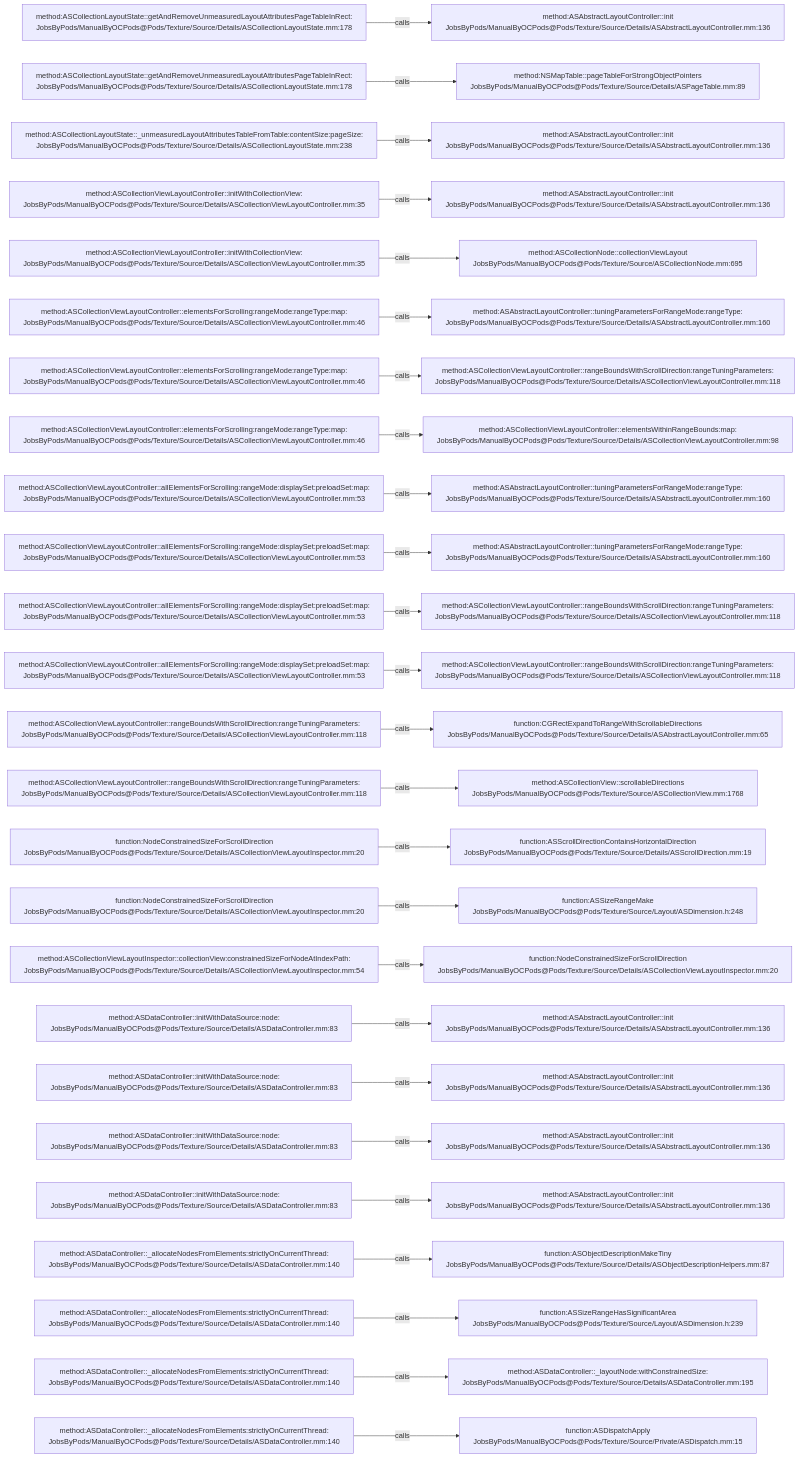
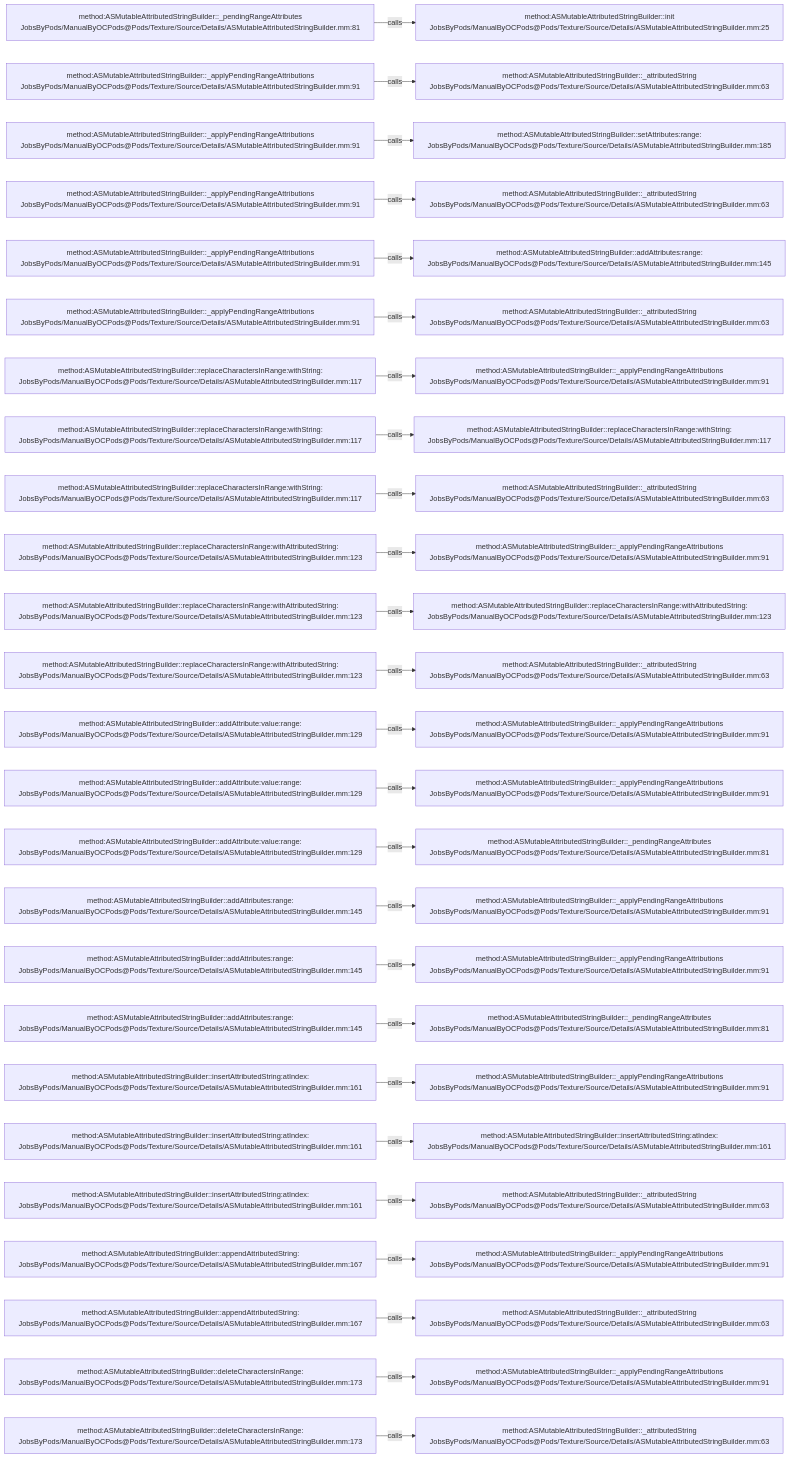
One commit to JobsKits/JobsOCBaseConfigDemo changed the diagram in .codegraph/codegraph.md/graphs/calls-151.md. Above: the diagram before and after it, drawn with Mermaid. The commit also changed 1448 other files, not shown here.

````diff
--- a/.codegraph/codegraph.md/graphs/calls-151.md
+++ b/.codegraph/codegraph.md/graphs/calls-151.md
@@ -13,78 +13,78 @@
 ```mermaid
 flowchart LR
-  S1["method:ASCollectionLayoutState::getAndRemoveUnmeasuredLayoutAttributesPageTableInRect:<br/>JobsByPods/ManualByOCPods@Pods/Texture/Source/Details/ASCollectionLayoutState.mm:178"]
-  T1["method:ASAbstractLayoutController::init<br/>JobsByPods/ManualByOCPods@Pods/Texture/Source/Details/ASAbstractLayoutController.mm:136"]
+  S1["method:ASMutableAttributedStringBuilder::_pendingRangeAttributes<br/>JobsByPods/ManualByOCPods@Pods/Texture/Source/Details/ASMutableAttributedStringBuilder.mm:81"]
+  T1["method:ASMutableAttributedStringBuilder::init<br/>JobsByPods/ManualByOCPods@Pods/Texture/Source/Details/ASMutableAttributedStringBuilder.mm:25"]
   S1 -->|calls| T1
-  S2["method:ASCollectionLayoutState::getAndRemoveUnmeasuredLayoutAttributesPageTableInRect:<br/>JobsByPods/ManualByOCPods@Pods/Texture/Source/Details/ASCollectionLayoutState.mm:178"]
-  T2["method:NSMapTable::pageTableForStrongObjectPointers<br/>JobsByPods/ManualByOCPods@Pods/Texture/Source/Details/ASPageTable.mm:89"]
+  S2["method:ASMutableAttributedStringBuilder::_applyPendingRangeAttributions<br/>JobsByPods/ManualByOCPods@Pods/Texture/Source/Details/ASMutableAttributedStringBuilder.mm:91"]
+  T2["method:ASMutableAttributedStringBuilder::_attributedString<br/>JobsByPods/ManualByOCPods@Pods/Texture/Source/Details/ASMutableAttributedStringBuilder.mm:63"]
   S2 -->|calls| T2
-  S3["method:ASCollectionLayoutState::_unmeasuredLayoutAttributesTableFromTable:contentSize:pageSize:<br/>JobsByPods/ManualByOCPods@Pods/Texture/Source/Details/ASCollectionLayoutState.mm:238"]
-  T3["method:ASAbstractLayoutController::init<br/>JobsByPods/ManualByOCPods@Pods/Texture/Source/Details/ASAbstractLayoutController.mm:136"]
+  S3["method:ASMutableAttributedStringBuilder::_applyPendingRangeAttributions<br/>JobsByPods/ManualByOCPods@Pods/Texture/Source/Details/ASMutableAttributedStringBuilder.mm:91"]
+  T3["method:ASMutableAttributedStringBuilder::setAttributes:range:<br/>JobsByPods/ManualByOCPods@Pods/Texture/Source/Details/ASMutableAttributedStringBuilder.mm:185"]
   S3 -->|calls| T3
-  S4["method:ASCollectionViewLayoutController::initWithCollectionView:<br/>JobsByPods/ManualByOCPods@Pods/Texture/Source/Details/ASCollectionViewLayoutController.mm:35"]
-  T4["method:ASAbstractLayoutController::init<br/>JobsByPods/ManualByOCPods@Pods/Texture/Source/Details/ASAbstractLayoutController.mm:136"]
+  S4["method:ASMutableAttributedStringBuilder::_applyPendingRangeAttributions<br/>JobsByPods/ManualByOCPods@Pods/Texture/Source/Details/ASMutableAttributedStringBuilder.mm:91"]
+  T4["method:ASMutableAttributedStringBuilder::_attributedString<br/>JobsByPods/ManualByOCPods@Pods/Texture/Source/Details/ASMutableAttributedStringBuilder.mm:63"]
   S4 -->|calls| T4
-  S5["method:ASCollectionViewLayoutController::initWithCollectionView:<br/>JobsByPods/ManualByOCPods@Pods/Texture/Source/Details/ASCollectionViewLayoutController.mm:35"]
-  T5["method:ASCollectionNode::collectionViewLayout<br/>JobsByPods/ManualByOCPods@Pods/Texture/Source/ASCollectionNode.mm:695"]
+  S5["method:ASMutableAttributedStringBuilder::_applyPendingRangeAttributions<br/>JobsByPods/ManualByOCPods@Pods/Texture/Source/Details/ASMutableAttributedStringBuilder.mm:91"]
+  T5["method:ASMutableAttributedStringBuilder::addAttributes:range:<br/>JobsByPods/ManualByOCPods@Pods/Texture/Source/Details/ASMutableAttributedStringBuilder.mm:145"]
   S5 -->|calls| T5
-  S6["method:ASCollectionViewLayoutController::elementsForScrolling:rangeMode:rangeType:map:<br/>JobsByPods/ManualByOCPods@Pods/Texture/Source/Details/ASCollectionViewLayoutController.mm:46"]
-  T6["method:ASAbstractLayoutController::tuningParametersForRangeMode:rangeType:<br/>JobsByPods/ManualByOCPods@Pods/Texture/Source/Details/ASAbstractLayoutController.mm:160"]
+  S6["method:ASMutableAttributedStringBuilder::_applyPendingRangeAttributions<br/>JobsByPods/ManualByOCPods@Pods/Texture/Source/Details/ASMutableAttributedStringBuilder.mm:91"]
+  T6["method:ASMutableAttributedStringBuilder::_attributedString<br/>JobsByPods/ManualByOCPods@Pods/Texture/Source/Details/ASMutableAttributedStringBuilder.mm:63"]
   S6 -->|calls| T6
-  S7["method:ASCollectionViewLayoutController::elementsForScrolling:rangeMode:rangeType:map:<br/>JobsByPods/ManualByOCPods@Pods/Texture/Source/Details/ASCollectionViewLayoutController.mm:46"]
-  T7["method:ASCollectionViewLayoutController::rangeBoundsWithScrollDirection:rangeTuningParameters:<br/>JobsByPods/ManualByOCPods@Pods/Texture/Source/Details/ASCollectionViewLayoutController.mm:118"]
+  S7["method:ASMutableAttributedStringBuilder::replaceCharactersInRange:withString:<br/>JobsByPods/ManualByOCPods@Pods/Texture/Source/Details/ASMutableAttributedStringBuilder.mm:117"]
+  T7["method:ASMutableAttributedStringBuilder::_applyPendingRangeAttributions<br/>JobsByPods/ManualByOCPods@Pods/Texture/Source/Details/ASMutableAttributedStringBuilder.mm:91"]
   S7 -->|calls| T7
-  S8["method:ASCollectionViewLayoutController::elementsForScrolling:rangeMode:rangeType:map:<br/>JobsByPods/ManualByOCPods@Pods/Texture/Source/Details/ASCollectionViewLayoutController.mm:46"]
-  T8["method:ASCollectionViewLayoutController::elementsWithinRangeBounds:map:<br/>JobsByPods/ManualByOCPods@Pods/Texture/Source/Details/ASCollectionViewLayoutController.mm:98"]
+  S8["method:ASMutableAttributedStringBuilder::replaceCharactersInRange:withString:<br/>JobsByPods/ManualByOCPods@Pods/Texture/Source/Details/ASMutableAttributedStringBuilder.mm:117"]
+  T8["method:ASMutableAttributedStringBuilder::replaceCharactersInRange:withString:<br/>JobsByPods/ManualByOCPods@Pods/Texture/Source/Details/ASMutableAttributedStringBuilder.mm:117"]
   S8 -->|calls| T8
-  S9["method:ASCollectionViewLayoutController::allElementsForScrolling:rangeMode:displaySet:preloadSet:map:<br/>JobsByPods/ManualByOCPods@Pods/Texture/Source/Details/ASCollectionViewLayoutController.mm:53"]
-  T9["method:ASAbstractLayoutController::tuningParametersForRangeMode:rangeType:<br/>JobsByPods/ManualByOCPods@Pods/Texture/Source/Details/ASAbstractLayoutController.mm:160"]
+  S9["method:ASMutableAttributedStringBuilder::replaceCharactersInRange:withString:<br/>JobsByPods/ManualByOCPods@Pods/Texture/Source/Details/ASMutableAttributedStringBuilder.mm:117"]
+  T9["method:ASMutableAttributedStringBuilder::_attributedString<br/>JobsByPods/ManualByOCPods@Pods/Texture/Source/Details/ASMutableAttributedStringBuilder.mm:63"]
   S9 -->|calls| T9
-  S10["method:ASCollectionViewLayoutController::allElementsForScrolling:rangeMode:displaySet:preloadSet:map:<br/>JobsByPods/ManualByOCPods@Pods/Texture/Source/Details/ASCollectionViewLayoutController.mm:53"]
-  T10["method:ASAbstractLayoutController::tuningParametersForRangeMode:rangeType:<br/>JobsByPods/ManualByOCPods@Pods/Texture/Source/Details/ASAbstractLayoutController.mm:160"]
+  S10["method:ASMutableAttributedStringBuilder::replaceCharactersInRange:withAttributedString:<br/>JobsByPods/ManualByOCPods@Pods/Texture/Source/Details/ASMutableAttributedStringBuilder.mm:123"]
+  T10["method:ASMutableAttributedStringBuilder::_applyPendingRangeAttributions<br/>JobsByPods/ManualByOCPods@Pods/Texture/Source/Details/ASMutableAttributedStringBuilder.mm:91"]
   S10 -->|calls| T10
-  S11["method:ASCollectionViewLayoutController::allElementsForScrolling:rangeMode:displaySet:preloadSet:map:<br/>JobsByPods/ManualByOCPods@Pods/Texture/Source/Details/ASCollectionViewLayoutController.mm:53"]
-  T11["method:ASCollectionViewLayoutController::rangeBoundsWithScrollDirection:rangeTuningParameters:<br/>JobsByPods/ManualByOCPods@Pods/Texture/Source/Details/ASCollectionViewLayoutController.mm:118"]
+  S11["method:ASMutableAttributedStringBuilder::replaceCharactersInRange:withAttributedString:<br/>JobsByPods/ManualByOCPods@Pods/Texture/Source/Details/ASMutableAttributedStringBuilder.mm:123"]
+  T11["method:ASMutableAttributedStringBuilder::replaceCharactersInRange:withAttributedString:<br/>JobsByPods/ManualByOCPods@Pods/Texture/Source/Details/ASMutableAttributedStringBuilder.mm:123"]
   S11 -->|calls| T11
-  S12["method:ASCollectionViewLayoutController::allElementsForScrolling:rangeMode:displaySet:preloadSet:map:<br/>JobsByPods/ManualByOCPods@Pods/Texture/Source/Details/ASCollectionViewLayoutController.mm:53"]
-  T12["method:ASCollectionViewLayoutController::rangeBoundsWithScrollDirection:rangeTuningParameters:<br/>JobsByPods/ManualByOCPods@Pods/Texture/Source/Details/ASCollectionViewLayoutController.mm:118"]
+  S12["method:ASMutableAttributedStringBuilder::replaceCharactersInRange:withAttributedString:<br/>JobsByPods/ManualByOCPods@Pods/Texture/Source/Details/ASMutableAttributedStringBuilder.mm:123"]
+  T12["method:ASMutableAttributedStringBuilder::_attributedString<br/>JobsByPods/ManualByOCPods@Pods/Texture/Source/Details/ASMutableAttributedStringBuilder.mm:63"]
   S12 -->|calls| T12
-  S13["method:ASCollectionViewLayoutController::rangeBoundsWithScrollDirection:rangeTuningParameters:<br/>JobsByPods/ManualByOCPods@Pods/Texture/Source/Details/ASCollectionViewLayoutController.mm:118"]
-  T13["function:CGRectExpandToRangeWithScrollableDirections<br/>JobsByPods/ManualByOCPods@Pods/Texture/Source/Details/ASAbstractLayoutController.mm:65"]
+  S13["method:ASMutableAttributedStringBuilder::addAttribute:value:range:<br/>JobsByPods/ManualByOCPods@Pods/Texture/Source/Details/ASMutableAttributedStringBuilder.mm:129"]
+  T13["method:ASMutableAttributedStringBuilder::_applyPendingRangeAttributions<br/>JobsByPods/ManualByOCPods@Pods/Texture/Source/Details/ASMutableAttributedStringBuilder.mm:91"]
   S13 -->|calls| T13
-  S14["method:ASCollectionViewLayoutController::rangeBoundsWithScrollDirection:rangeTuningParameters:<br/>JobsByPods/ManualByOCPods@Pods/Texture/Source/Details/ASCollectionViewLayoutController.mm:118"]
-  T14["method:ASCollectionView::scrollableDirections<br/>JobsByPods/ManualByOCPods@Pods/Texture/Source/ASCollectionView.mm:1768"]
+  S14["method:ASMutableAttributedStringBuilder::addAttribute:value:range:<br/>JobsByPods/ManualByOCPods@Pods/Texture/Source/Details/ASMutableAttributedStringBuilder.mm:129"]
+  T14["method:ASMutableAttributedStringBuilder::_applyPendingRangeAttributions<br/>JobsByPods/ManualByOCPods@Pods/Texture/Source/Details/ASMutableAttributedStringBuilder.mm:91"]
   S14 -->|calls| T14
-  S15["function:NodeConstrainedSizeForScrollDirection<br/>JobsByPods/ManualByOCPods@Pods/Texture/Source/Details/ASCollectionViewLayoutInspector.mm:20"]
-  T15["function:ASScrollDirectionContainsHorizontalDirection<br/>JobsByPods/ManualByOCPods@Pods/Texture/Source/Details/ASScrollDirection.mm:19"]
+  S15["method:ASMutableAttributedStringBuilder::addAttribute:value:range:<br/>JobsByPods/ManualByOCPods@Pods/Texture/Source/Details/ASMutableAttributedStringBuilder.mm:129"]
+  T15["method:ASMutableAttributedStringBuilder::_pendingRangeAttributes<br/>JobsByPods/ManualByOCPods@Pods/Texture/Source/Details/ASMutableAttributedStringBuilder.mm:81"]
   S15 -->|calls| T15
-  S16["function:NodeConstrainedSizeForScrollDirection<br/>JobsByPods/ManualByOCPods@Pods/Texture/Source/Details/ASCollectionViewLayoutInspector.mm:20"]
-  T16["function:ASSizeRangeMake<br/>JobsByPods/ManualByOCPods@Pods/Texture/Source/Layout/ASDimension.h:248"]
+  S16["method:ASMutableAttributedStringBuilder::addAttributes:range:<br/>JobsByPods/ManualByOCPods@Pods/Texture/Source/Details/ASMutableAttributedStringBuilder.mm:145"]
+  T16["method:ASMutableAttributedStringBuilder::_applyPendingRangeAttributions<br/>JobsByPods/ManualByOCPods@Pods/Texture/Source/Details/ASMutableAttributedStringBuilder.mm:91"]
   S16 -->|calls| T16
-  S17["method:ASCollectionViewLayoutInspector::collectionView:constrainedSizeForNodeAtIndexPath:<br/>JobsByPods/ManualByOCPods@Pods/Texture/Source/Details/ASCollectionViewLayoutInspector.mm:54"]
-  T17["function:NodeConstrainedSizeForScrollDirection<br/>JobsByPods/ManualByOCPods@Pods/Texture/Source/Details/ASCollectionViewLayoutInspector.mm:20"]
+  S17["method:ASMutableAttributedStringBuilder::addAttributes:range:<br/>JobsByPods/ManualByOCPods@Pods/Texture/Source/Details/ASMutableAttributedStringBuilder.mm:145"]
+  T17["method:ASMutableAttributedStringBuilder::_applyPendingRangeAttributions<br/>JobsByPods/ManualByOCPods@Pods/Texture/Source/Details/ASMutableAttributedStringBuilder.mm:91"]
   S17 -->|calls| T17
-  S18["method:ASDataController::initWithDataSource:node:<br/>JobsByPods/ManualByOCPods@Pods/Texture/Source/Details/ASDataController.mm:83"]
-  T18["method:ASAbstractLayoutController::init<br/>JobsByPods/ManualByOCPods@Pods/Texture/Source/Details/ASAbstractLayoutController.mm:136"]
+  S18["method:ASMutableAttributedStringBuilder::addAttributes:range:<br/>JobsByPods/ManualByOCPods@Pods/Texture/Source/Details/ASMutableAttributedStringBuilder.mm:145"]
+  T18["method:ASMutableAttributedStringBuilder::_pendingRangeAttributes<br/>JobsByPods/ManualByOCPods@Pods/Texture/Source/Details/ASMutableAttributedStringBuilder.mm:81"]
   S18 -->|calls| T18
-  S19["method:ASDataController::initWithDataSource:node:<br/>JobsByPods/ManualByOCPods@Pods/Texture/Source/Details/ASDataController.mm:83"]
-  T19["method:ASAbstractLayoutController::init<br/>JobsByPods/ManualByOCPods@Pods/Texture/Source/Details/ASAbstractLayoutController.mm:136"]
+  S19["method:ASMutableAttributedStringBuilder::insertAttributedString:atIndex:<br/>JobsByPods/ManualByOCPods@Pods/Texture/Source/Details/ASMutableAttributedStringBuilder.mm:161"]
+  T19["method:ASMutableAttributedStringBuilder::_applyPendingRangeAttributions<br/>JobsByPods/ManualByOCPods@Pods/Texture/Source/Details/ASMutableAttributedStringBuilder.mm:91"]
   S19 -->|calls| T19
-  S20["method:ASDataController::initWithDataSource:node:<br/>JobsByPods/ManualByOCPods@Pods/Texture/Source/Details/ASDataController.mm:83"]
-  T20["method:ASAbstractLayoutController::init<br/>JobsByPods/ManualByOCPods@Pods/Texture/Source/Details/ASAbstractLayoutController.mm:136"]
+  S20["method:ASMutableAttributedStringBuilder::insertAttributedString:atIndex:<br/>JobsByPods/ManualByOCPods@Pods/Texture/Source/Details/ASMutableAttributedStringBuilder.mm:161"]
+  T20["method:ASMutableAttributedStringBuilder::insertAttributedString:atIndex:<br/>JobsByPods/ManualByOCPods@Pods/Texture/Source/Details/ASMutableAttributedStringBuilder.mm:161"]
   S20 -->|calls| T20
-  S21["method:ASDataController::initWithDataSource:node:<br/>JobsByPods/ManualByOCPods@Pods/Texture/Source/Details/ASDataController.mm:83"]
-  T21["method:ASAbstractLayoutController::init<br/>JobsByPods/ManualByOCPods@Pods/Texture/Source/Details/ASAbstractLayoutController.mm:136"]
+  S21["method:ASMutableAttributedStringBuilder::insertAttributedString:atIndex:<br/>JobsByPods/ManualByOCPods@Pods/Texture/Source/Details/ASMutableAttributedStringBuilder.mm:161"]
+  T21["method:ASMutableAttributedStringBuilder::_attributedString<br/>JobsByPods/ManualByOCPods@Pods/Texture/Source/Details/ASMutableAttributedStringBuilder.mm:63"]
   S21 -->|calls| T21
-  S22["method:ASDataController::_allocateNodesFromElements:strictlyOnCurrentThread:<br/>JobsByPods/ManualByOCPods@Pods/Texture/Source/Details/ASDataController.mm:140"]
-  T22["function:ASObjectDescriptionMakeTiny<br/>JobsByPods/ManualByOCPods@Pods/Texture/Source/Details/ASObjectDescriptionHelpers.mm:87"]
+  S22["method:ASMutableAttributedStringBuilder::appendAttributedString:<br/>JobsByPods/ManualByOCPods@Pods/Texture/Source/Details/ASMutableAttributedStringBuilder.mm:167"]
+  T22["method:ASMutableAttributedStringBuilder::_applyPendingRangeAttributions<br/>JobsByPods/ManualByOCPods@Pods/Texture/Source/Details/ASMutableAttributedStringBuilder.mm:91"]
   S22 -->|calls| T22
-  S23["method:ASDataController::_allocateNodesFromElements:strictlyOnCurrentThread:<br/>JobsByPods/ManualByOCPods@Pods/Texture/Source/Details/ASDataController.mm:140"]
-  T23["function:ASSizeRangeHasSignificantArea<br/>JobsByPods/ManualByOCPods@Pods/Texture/Source/Layout/ASDimension.h:239"]
+  S23["method:ASMutableAttributedStringBuilder::appendAttributedString:<br/>JobsByPods/ManualByOCPods@Pods/Texture/Source/Details/ASMutableAttributedStringBuilder.mm:167"]
+  T23["method:ASMutableAttributedStringBuilder::_attributedString<br/>JobsByPods/ManualByOCPods@Pods/Texture/Source/Details/ASMutableAttributedStringBuilder.mm:63"]
   S23 -->|calls| T23
-  S24["method:ASDataController::_allocateNodesFromElements:strictlyOnCurrentThread:<br/>JobsByPods/ManualByOCPods@Pods/Texture/Source/Details/ASDataController.mm:140"]
-  T24["method:ASDataController::_layoutNode:withConstrainedSize:<br/>JobsByPods/ManualByOCPods@Pods/Texture/Source/Details/ASDataController.mm:195"]
+  S24["method:ASMutableAttributedStringBuilder::deleteCharactersInRange:<br/>JobsByPods/ManualByOCPods@Pods/Texture/Source/Details/ASMutableAttributedStringBuilder.mm:173"]
+  T24["method:ASMutableAttributedStringBuilder::_applyPendingRangeAttributions<br/>JobsByPods/ManualByOCPods@Pods/Texture/Source/Details/ASMutableAttributedStringBuilder.mm:91"]
   S24 -->|calls| T24
-  S25["method:ASDataController::_allocateNodesFromElements:strictlyOnCurrentThread:<br/>JobsByPods/ManualByOCPods@Pods/Texture/Source/Details/ASDataController.mm:140"]
-  T25["function:ASDispatchApply<br/>JobsByPods/ManualByOCPods@Pods/Texture/Source/Private/ASDispatch.mm:15"]
+  S25["method:ASMutableAttributedStringBuilder::deleteCharactersInRange:<br/>JobsByPods/ManualByOCPods@Pods/Texture/Source/Details/ASMutableAttributedStringBuilder.mm:173"]
+  T25["method:ASMutableAttributedStringBuilder::_attributedString<br/>JobsByPods/ManualByOCPods@Pods/Texture/Source/Details/ASMutableAttributedStringBuilder.mm:63"]
   S25 -->|calls| T25
 ```
````
